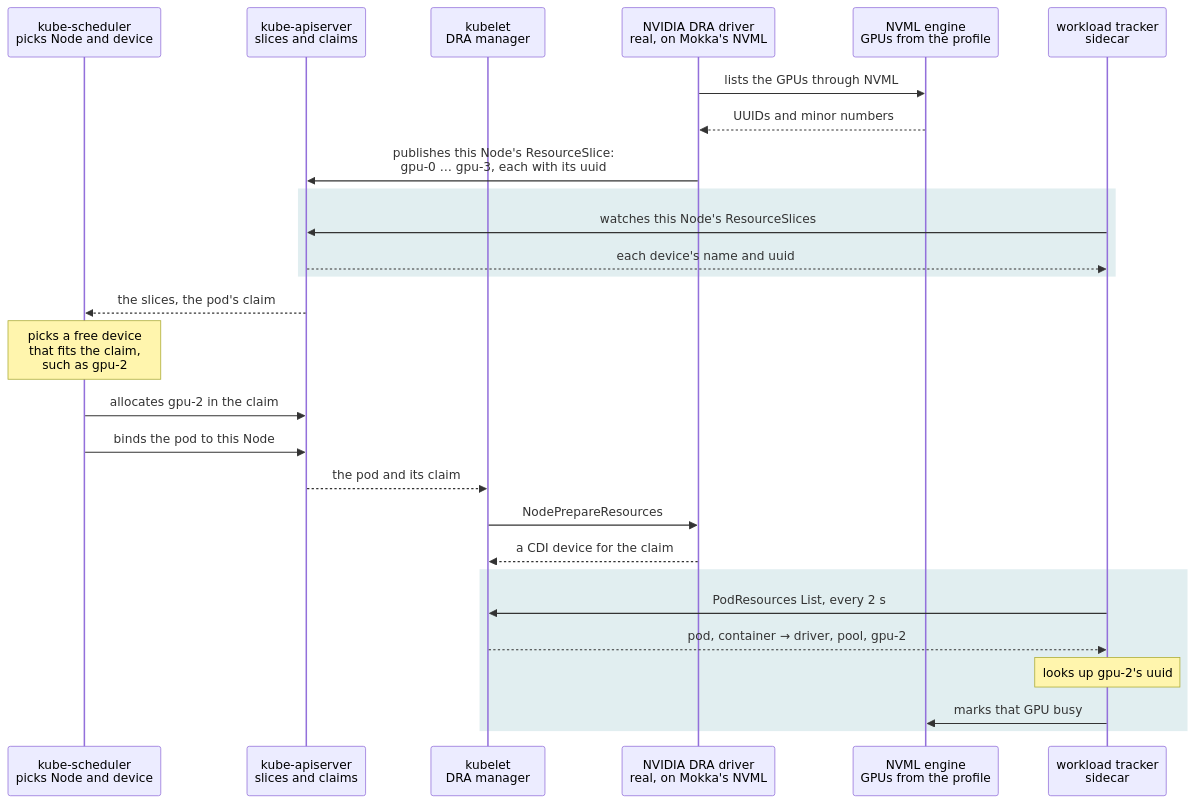
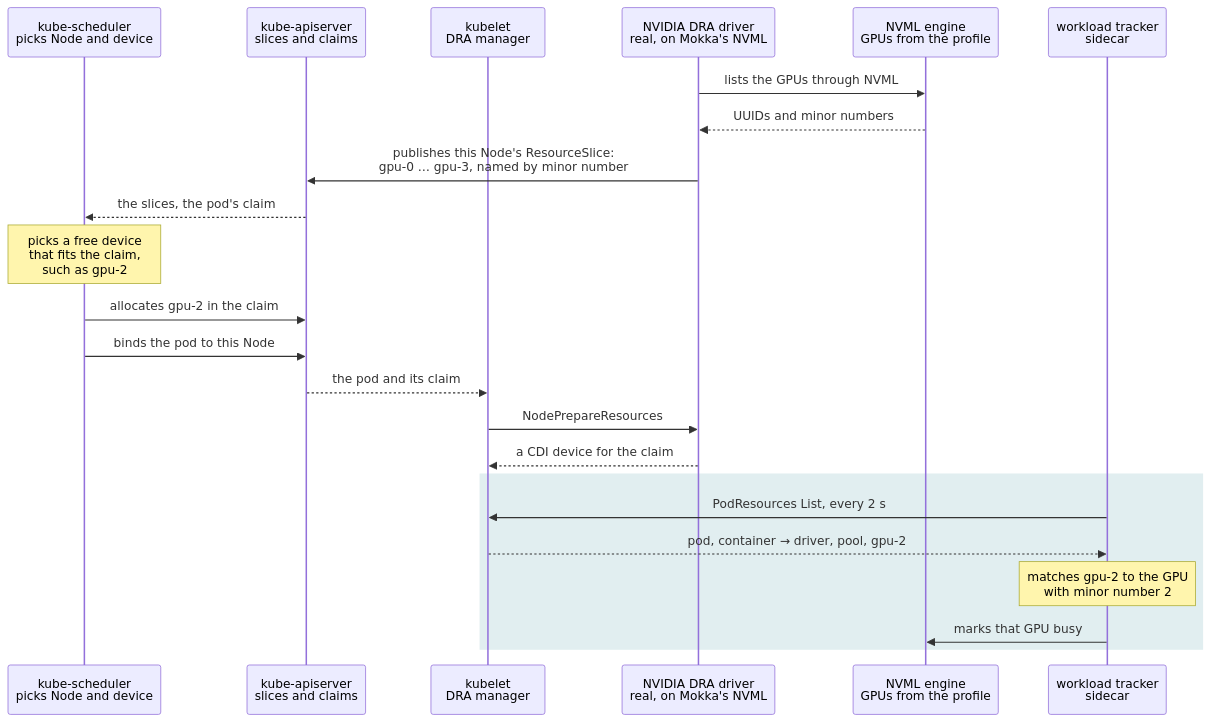
The seventh of 10 diagrams in enhancements/meps/0008-fgo-integration/README.md (NVIDIA/k8s-test-infra), drawn with Mermaid before and after one commit. The commit also changed other lines of this file, not shown here.

````diff
--- a/enhancements/meps/0008-fgo-integration/README.md
+++ b/enhancements/meps/0008-fgo-integration/README.md
@@ -1096,30 +1105,26 @@
 ```mermaid
 sequenceDiagram
     participant S as kube-scheduler<br/>picks Node and device
     participant A as kube-apiserver<br/>slices and claims
     participant K as kubelet<br/>DRA manager
     participant D as NVIDIA DRA driver<br/>real, on Mokka's NVML
     participant N as NVML engine<br/>GPUs from the profile
     participant T as workload tracker<br/>sidecar
 
     D->>N: lists the GPUs through NVML
     N-->>D: UUIDs and minor numbers
-    D->>A: publishes this Node's ResourceSlice:<br/>gpu-0 … gpu-3, each with its uuid
-    rect rgba(10, 119, 130, 0.12)
-        T->>A: watches this Node's ResourceSlices
-        A-->>T: each device's name and uuid
-    end
+    D->>A: publishes this Node's ResourceSlice:<br/>gpu-0 … gpu-3, named by minor number
     A-->>S: the slices, the pod's claim
     Note over S: picks a free device<br/>that fits the claim,<br/>such as gpu-2
     S->>A: allocates gpu-2 in the claim
     S->>A: binds the pod to this Node
     A-->>K: the pod and its claim
     K->>D: NodePrepareResources
     D-->>K: a CDI device for the claim
     rect rgba(10, 119, 130, 0.12)
         T->>K: PodResources List, every 2 s
         K-->>T: pod, container → driver, pool, gpu-2
-        Note over T: looks up gpu-2's uuid
+        Note over T: matches gpu-2 to the GPU<br/>with minor number 2
         T->>N: marks that GPU busy
     end
 ```
````
